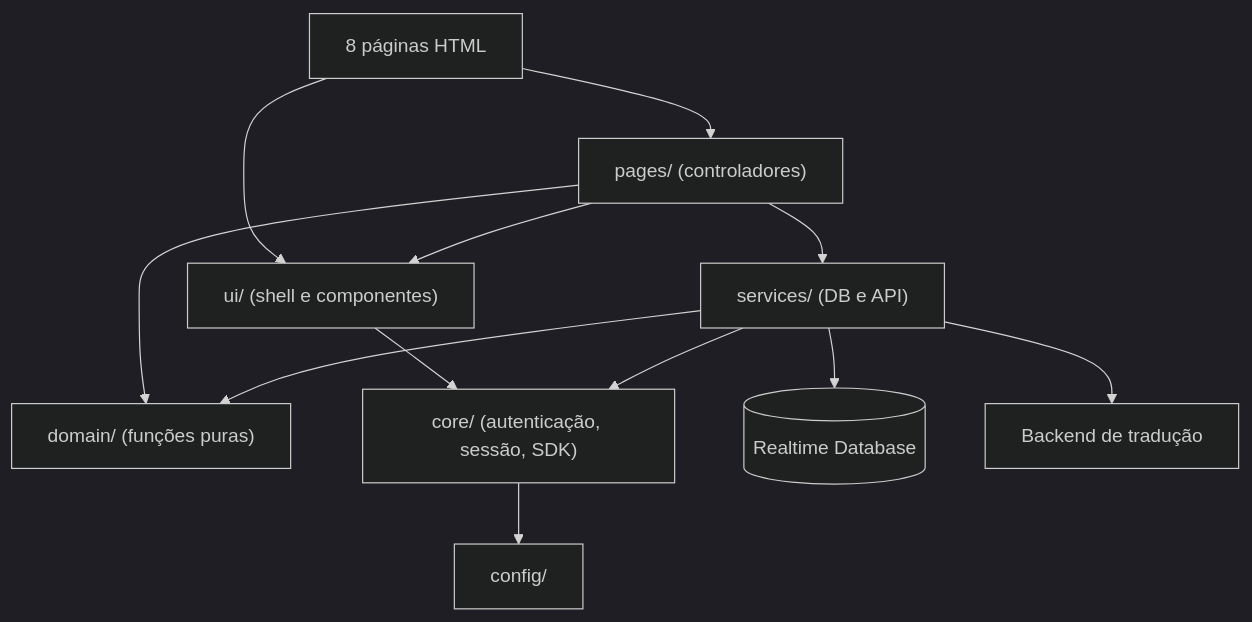
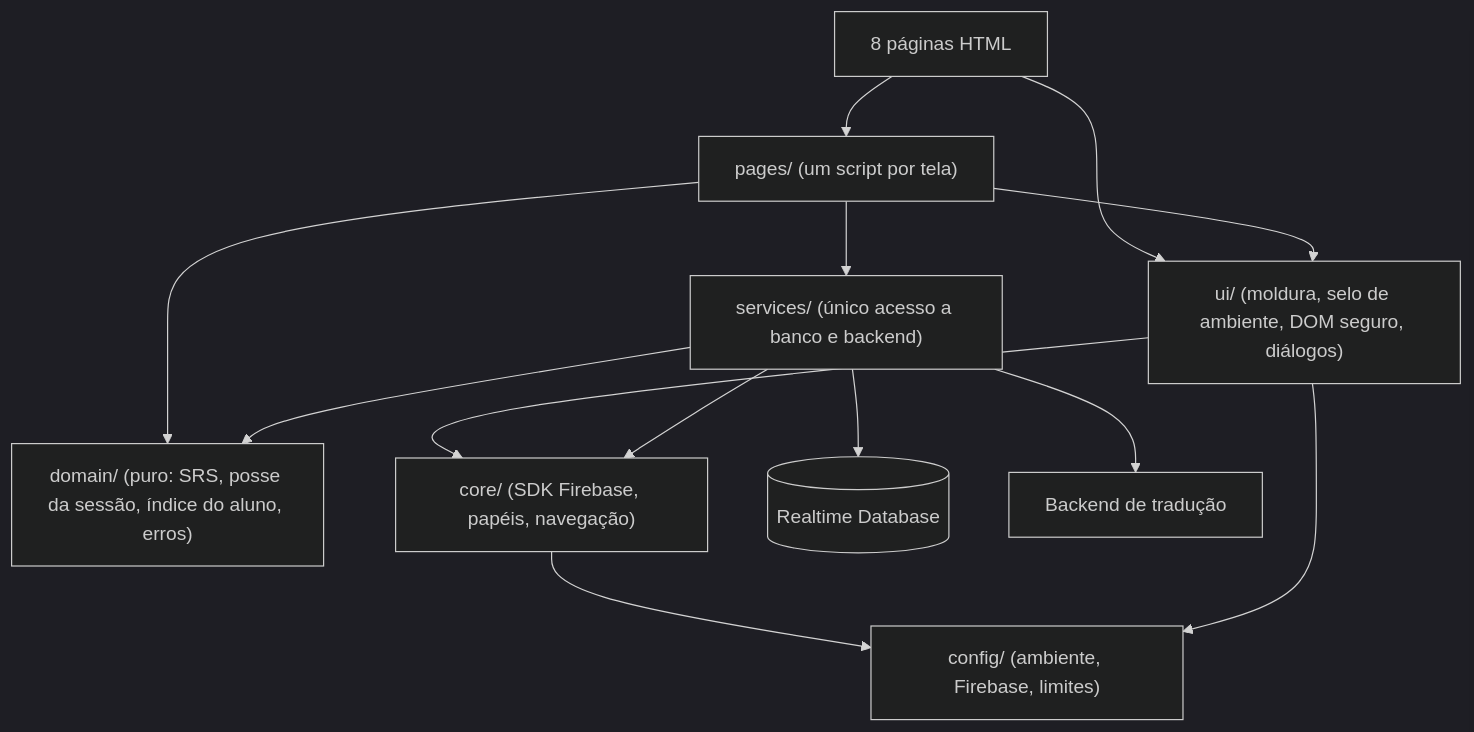
Before and after one commit to Lucas-Sperotto/fluencircle-website: the second of 14 diagrams in docs/diagramas/DIAGRAMAS.md, drawn with Mermaid (dark theme). The commit also changed other lines of this file and 3 other files, not shown here.

First line of the commit message:
docs(engenharia): add access matrix, refresh AS-IS/TO-BE diagrams and requirement traceability

````diff
--- a/docs/diagramas/DIAGRAMAS.md
+++ b/docs/diagramas/DIAGRAMAS.md
@@ -26,14 +32,15 @@
 ```mermaid
 flowchart TB
-    HTML["8 páginas HTML"] --> PAGES["pages/ (controladores)"]
-    HTML --> UI["ui/ (shell e componentes)"]
+    HTML["8 páginas HTML"] --> PAGES["pages/ (um script por tela)"]
+    HTML --> UI["ui/ (moldura, selo de ambiente, DOM seguro, diálogos)"]
     PAGES --> UI
-    PAGES --> DOMAIN["domain/ (funções puras)"]
-    PAGES --> SERVICES["services/ (DB e API)"]
-    UI --> CORE["core/ (autenticação, sessão, SDK)"]
+    PAGES --> DOMAIN["domain/ (puro: SRS, posse da sessão, índice do aluno, erros)"]
+    PAGES --> SERVICES["services/ (único acesso a banco e backend)"]
+    UI --> CORE["core/ (SDK Firebase, papéis, navegação)"]
     SERVICES --> CORE
     SERVICES --> DOMAIN
-    CORE --> CONFIG["config/"]
+    CORE --> CONFIG["config/ (ambiente, Firebase, limites)"]
+    UI --> CONFIG
     SERVICES --> DB[("Realtime Database")]
     SERVICES --> BACKEND["Backend de tradução"]
 ```
````
